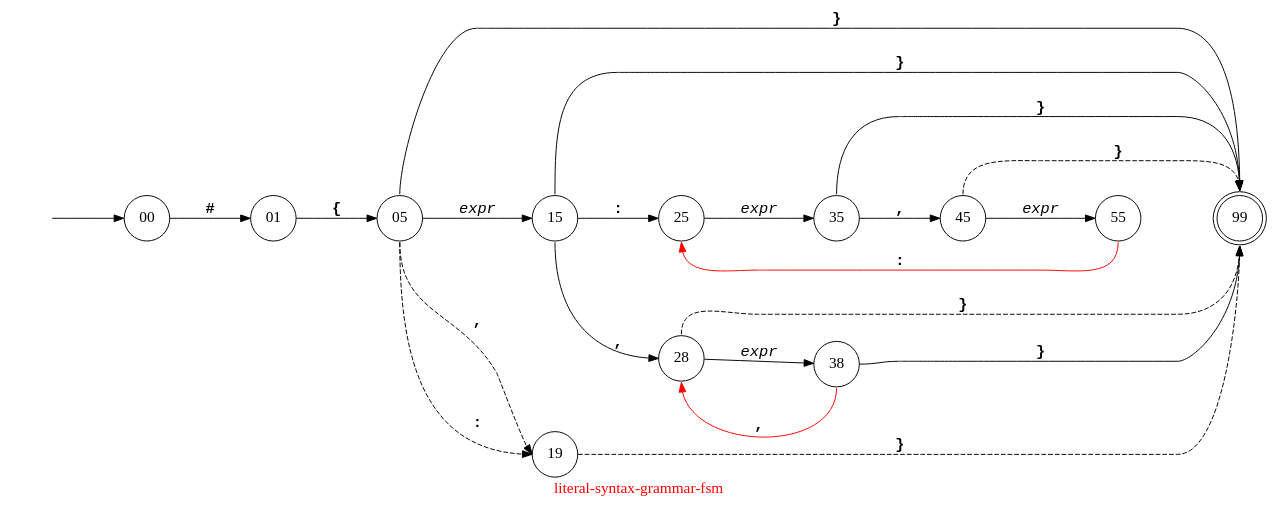
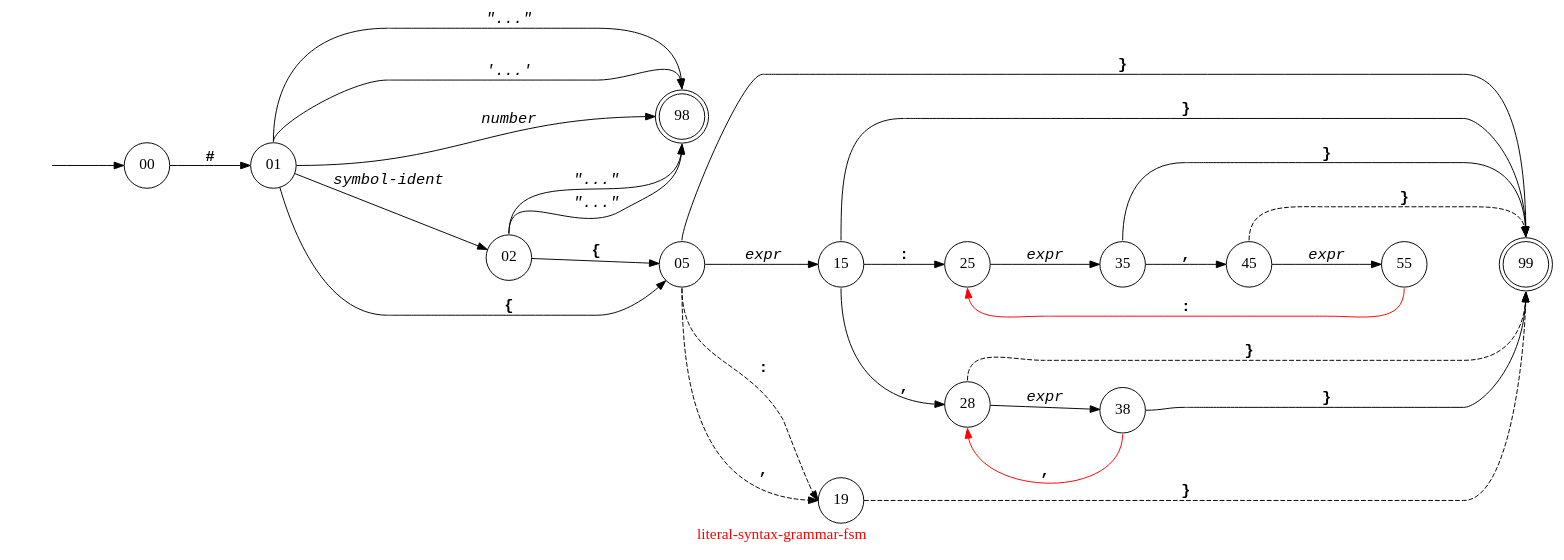
One commit to Ayyzee/dakota changed the diagram in doc/literal-syntax-grammar-fsm.dot. Above: the diagram before and after it, drawn with Graphviz.

Commit message:
More general improvments to doc/literal-syntax-grammar-fsm.dot.

```diff
--- a/doc/literal-syntax-grammar-fsm.dot
+++ b/doc/literal-syntax-grammar-fsm.dot
@@ -1,58 +1,70 @@
 // Copyright (C) 2007 - 2015 Robert Nielsen <robert@dakota.org>
 //
 // Licensed under the Apache License, Version 2.0 (the "License");
 // you may not use this file except in compliance with the License.
 // You may obtain a copy of the License at
 //
 //      http://www.apache.org/licenses/LICENSE-2.0
 //
 // Unless required by applicable law or agreed to in writing, software
 // distributed under the License is distributed on an "AS IS" BASIS,
 // WITHOUT WARRANTIES OR CONDITIONS OF ANY KIND, either express or implied.
 // See the License for the specific language governing permissions and
 // limitations under the License.
 
 digraph "literal-syntax-grammar-fsm"
 {
   graph [ label = "\G", fontcolor = red, fontsize = 16 ];
   graph [ rankdir = "LR",
           center = true,
           //size = "7.5,10", page = "8.5,11",
           ];
 
   node [ shape = circle, width = 0.6, fontsize = 16 ];
   //node [ label = "", width = 0.3 ]; // comment out this line if you want the node names displayed
 
   // on OS X/darwin it wants Courier-Bold and Courier-Oblique
-  edge [ fontname = "Courier-Bold", minlen = 2, fontsize = 16 ];
+  edge [ fontname = "Courier-Bold", minlen = 2, fontsize = 16, concentrate = true ];
 
   st [ style = invis ];
   99 [ shape = doublecircle ];
+  98 [ shape = doublecircle ];
 
   st -> 00;
   00 -> 01 [ label = "#" ];
+  01 -> 02 [ label = "symbol-ident", fontname = "Courier-Oblique", weight = 2 ];
+
+  01 -> 98 [ label = "\"...\"", fontname = "Courier-Oblique", tailport = n, headport = n ];
+  01 -> 98 [ label = "\'...\'", fontname = "Courier-Oblique", tailport = n, headport = n ];
+
+  01 -> 98 [ label = "number", fontname = "Courier-Oblique", tailport = e, headport = w ];
+
+  02 -> 98 [ label = "\"...\"", fontname = "Courier-Oblique", tailport = n, headport = s ];
+  02 -> 98 [ label = "\"...\"", fontname = "Courier-Oblique", tailport = n, headport = s ];
+  
+  02 -> 05 [ label = "{", fontname = "Courier-Bold", weight = 6 ];
   01 -> 05 [ label = "{", fontname = "Courier-Bold" ];
   05 -> 15 [ label = "expr", fontname = "Courier-Oblique", weight = 2 ];
+  05 -> 19 [ label = ":", style = dashed, tailport = s, headport = w, constraint = false ];
   05 -> 19 [ label = ",", style = dashed, tailport = s, headport = w, constraint = false ];
-  05 -> 19 [ label = ":", style = dashed, tailport = s, headport = w, constraint = false ];
   05 -> 99 [ label = "}", tailport = n, headport = n ];
   15 -> 25 [ label = ":", weight = 2 ];
   15 -> 28 [ label = ",", tailport = s, headport = w ];
   15 -> 99 [ label = "}", tailport = n, headport = n ];
   19 -> 99 [ label = "}", style = dashed, tailport = e, headport = s ];
   25 -> 35 [ label = "expr", fontname = "Courier-Oblique", weight = 2 ];
   28 -> 38 [ label = "expr", fontname = "Courier-Oblique", weight = 2 ];
   28 -> 99 [ label = "}", style = dashed, tailport = n, headport = s ];
   35 -> 45 [ label = ",", weight = 10 ];
   35 -> 99 [ label = "}", tailport = n, headport = n ];
   38 -> 28 [ label = ",", color = red, tailport = s, headport = s ];
   38 -> 99 [ label = "}", tailport = e, headport = s ];
   45 -> 55 [ label = "expr", fontname = "Courier-Oblique", weight = 10 ];
   45 -> 99 [ label = "}", style = dashed, tailport = n, headport = n ];
   55 -> 25 [ label = ":", color = red, tailport = s, headport = s ];
 
   subgraph { graph [ rank = same ]; 15; 19; }
   subgraph { graph [ rank = same ]; 25; 28; }
 
   55 -> 99 [ color = blue, weight = 3, style = invis ]; // layout only edge
 }
```
